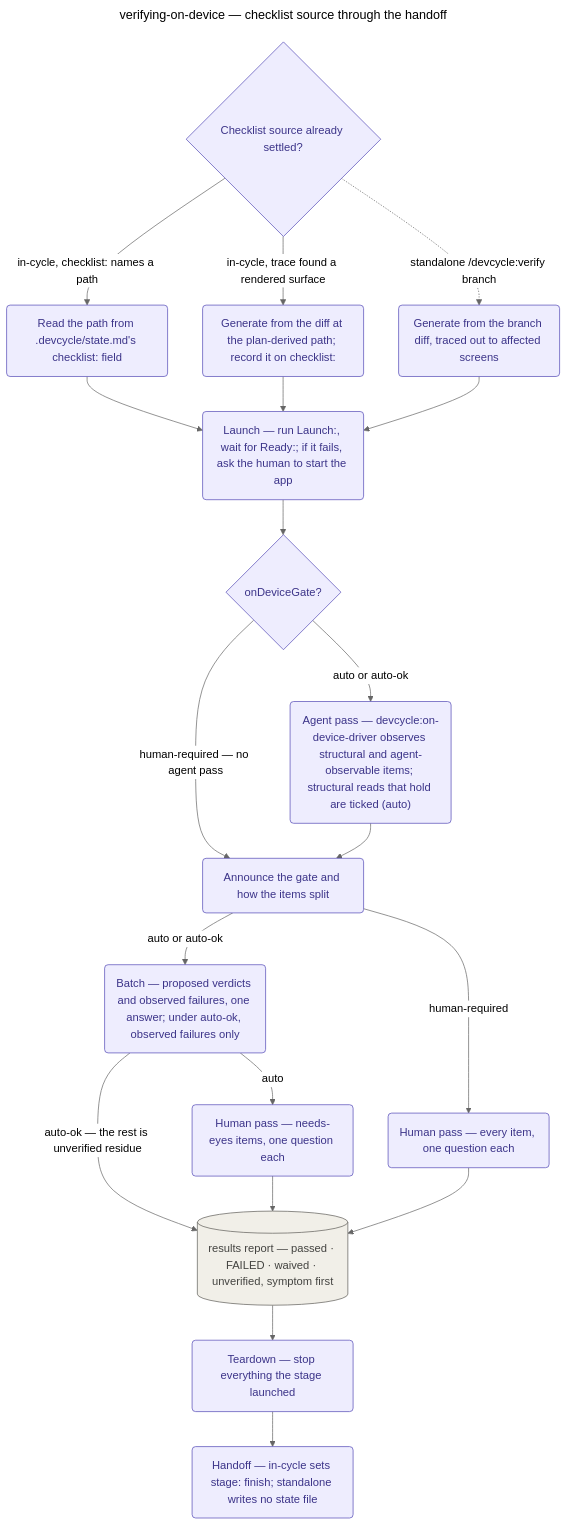
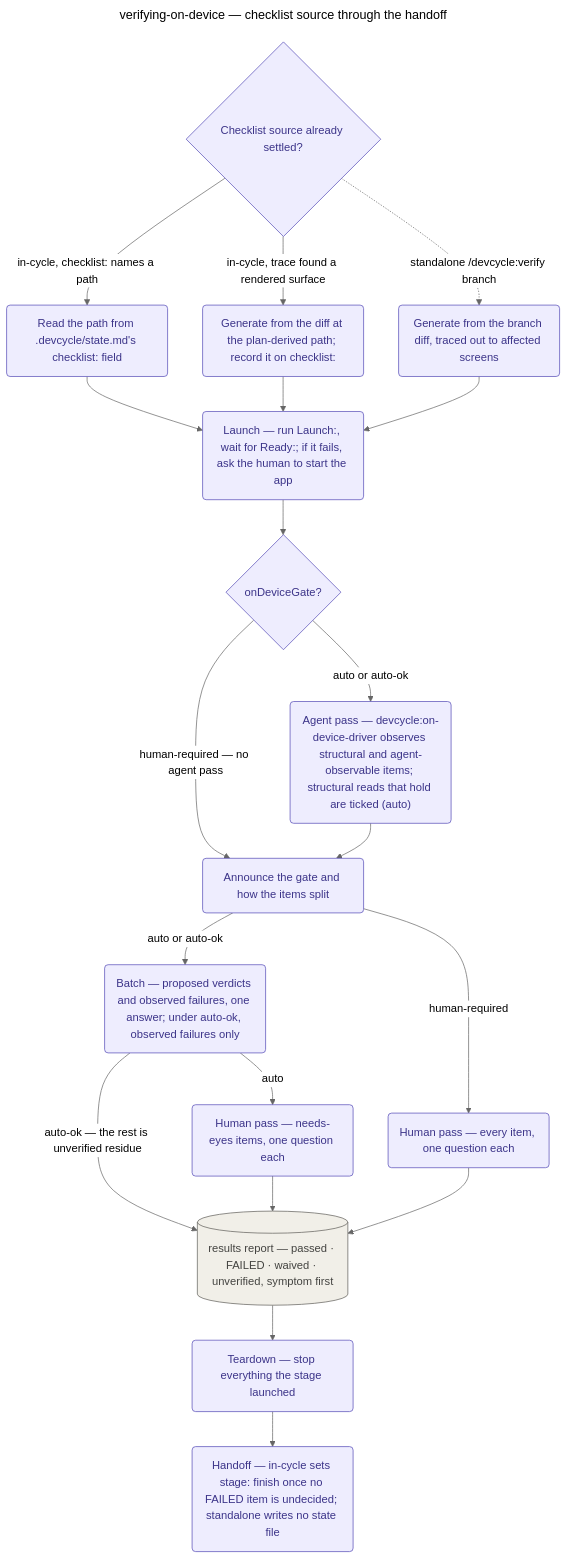
One commit to KonstantinRoehrl/devcycle changed the diagram in docs/playbooks/verifying-on-device/README.md. Above: the diagram before and after it, drawn with Mermaid (neutral theme). The commit also changed other lines of this file and 7 other files, not shown here.

First line of the commit message:
docs: describe the unattended knob start and on-device FAILED-item routing (#384, #383, #381)

````diff
--- a/docs/playbooks/verifying-on-device/README.md
+++ b/docs/playbooks/verifying-on-device/README.md
@@ -53,33 +58,33 @@
 ```mermaid
 ---
 title: verifying-on-device — checklist source through the handoff
 accDescr: Playbook-internal flowchart of on-device verification, from the checklist-source split (the state file's path, a diff-derived checklist at the plan path when branch review's trace found a rendered surface, or standalone), through launching the app, the gate-dependent agent pass, the one-line gate announcement, the batch of proposed verdicts and the one-question-per-item human pass, the results report and teardown, to the handoff.
 ---
 flowchart TD
     START{"Checklist source already settled?"}:::stage
     START -->|"in-cycle, checklist: names a path"| PLANSRC("Read the path from .devcycle/state.md's checklist: field"):::stage
     START -->|"in-cycle, trace found a rendered surface"| TRACESRC("Generate from the diff at the plan-derived path; record it on checklist:"):::stage
     START -.->|"standalone /devcycle:verify branch"| DIFFSRC("Generate from the branch diff, traced out to affected screens"):::stage
     PLANSRC --> LAUNCH
     TRACESRC --> LAUNCH
     DIFFSRC --> LAUNCH
     LAUNCH("Launch — run Launch:, wait for Ready:; if it fails, ask the human to start the app"):::stage
     LAUNCH --> GATE{"onDeviceGate?"}:::stage
     GATE -->|"auto or auto-ok"| AGENT("Agent pass — devcycle:on-device-driver observes structural and agent-observable items; structural reads that hold are ticked (auto)"):::stage
     GATE -->|"human-required — no agent pass"| ANNOUNCE
     AGENT --> ANNOUNCE
     ANNOUNCE("Announce the gate and how the items split"):::stage
     ANNOUNCE -->|"auto or auto-ok"| BATCH("Batch — proposed verdicts and observed failures, one answer; under auto-ok, observed failures only"):::stage
     ANNOUNCE -->|"human-required"| EVERY("Human pass — every item, one question each"):::stage
     BATCH -->|"auto"| EYES("Human pass — needs-eyes items, one question each"):::stage
     BATCH -->|"auto-ok — the rest is unverified residue"| RESULTS
     EYES --> RESULTS
     EVERY --> RESULTS
     RESULTS[("results report — passed · FAILED · waived · unverified, symptom first")]:::structural
     RESULTS --> TEARDOWN("Teardown — stop everything the stage launched"):::stage
-    TEARDOWN --> HANDOFF("Handoff — in-cycle sets stage: finish; standalone writes no state file"):::stage
+    TEARDOWN --> HANDOFF("Handoff — in-cycle sets stage: finish once no FAILED item is undecided; standalone writes no state file"):::stage
 
     classDef stage fill:#EEEDFE,stroke:#534AB7,color:#3C3489;
     classDef tool fill:#E1F5EE,stroke:#0F6E56,color:#085041,stroke-dasharray:5 5;
     classDef structural fill:#F1EFE8,stroke:#5F5E5A,color:#444441;
 ```
````
